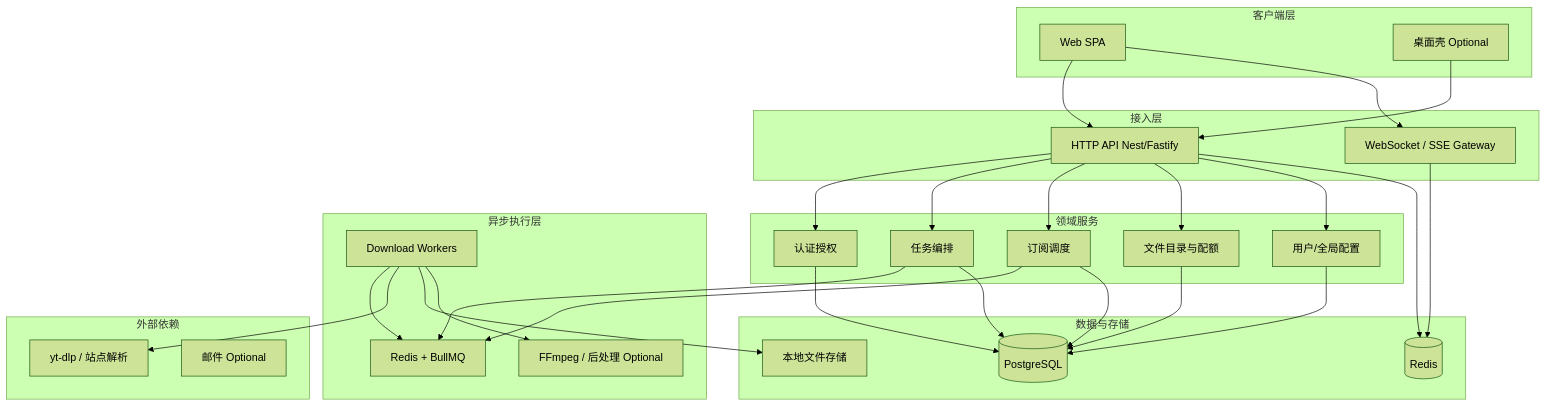
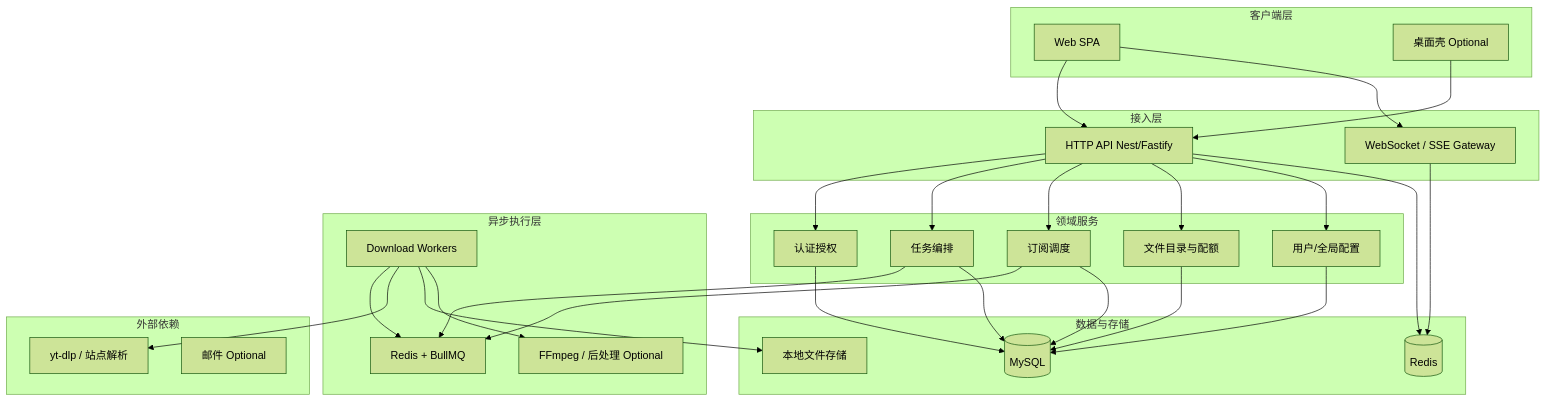
The diagram in docs/ARCHITECTURE.md (soudelor/CodecSiphon), drawn with Mermaid (forest theme) before and after one commit. The commit also changed other lines of this file and 128 other files, not shown here.

````diff
--- a/docs/ARCHITECTURE.md
+++ b/docs/ARCHITECTURE.md
@@ -21,59 +21,59 @@
 ```mermaid
 flowchart TB
   subgraph clients["客户端层"]
     WEB["Web SPA"]
     DESK["桌面壳 Optional"]
   end
 
   subgraph gateway["接入层"]
     API["HTTP API Nest/Fastify"]
     WS["WebSocket / SSE Gateway"]
   end
 
   subgraph domain["领域服务"]
     AUTH["认证授权"]
     TASK["任务编排"]
     SUB["订阅调度"]
     FILE["文件目录与配额"]
     CFG["用户/全局配置"]
   end
 
   subgraph async["异步执行层"]
     Q["Redis + BullMQ"]
     WRK["Download Workers"]
     PROC["FFmpeg / 后处理 Optional"]
   end
 
   subgraph data["数据与存储"]
-    PG[("PostgreSQL")]
+    DB[("MySQL")]
     REDIS[("Redis")]
     FS["本地文件存储"]
   end
 
   subgraph external["外部依赖"]
     YTDLP["yt-dlp / 站点解析"]
     SMTP["邮件 Optional"]
   end
 
   WEB --> API
   DESK --> API
   WEB --> WS
   API --> AUTH
   API --> TASK
   API --> SUB
   API --> FILE
   API --> CFG
   TASK --> Q
   SUB --> Q
   WRK --> Q
   WRK --> YTDLP
   WRK --> FS
   WRK --> PROC
-  AUTH --> PG
-  TASK --> PG
-  SUB --> PG
-  FILE --> PG
-  CFG --> PG
+  AUTH --> DB
+  TASK --> DB
+  SUB --> DB
+  FILE --> DB
+  CFG --> DB
   WS --> REDIS
   API --> REDIS
 ```
````
